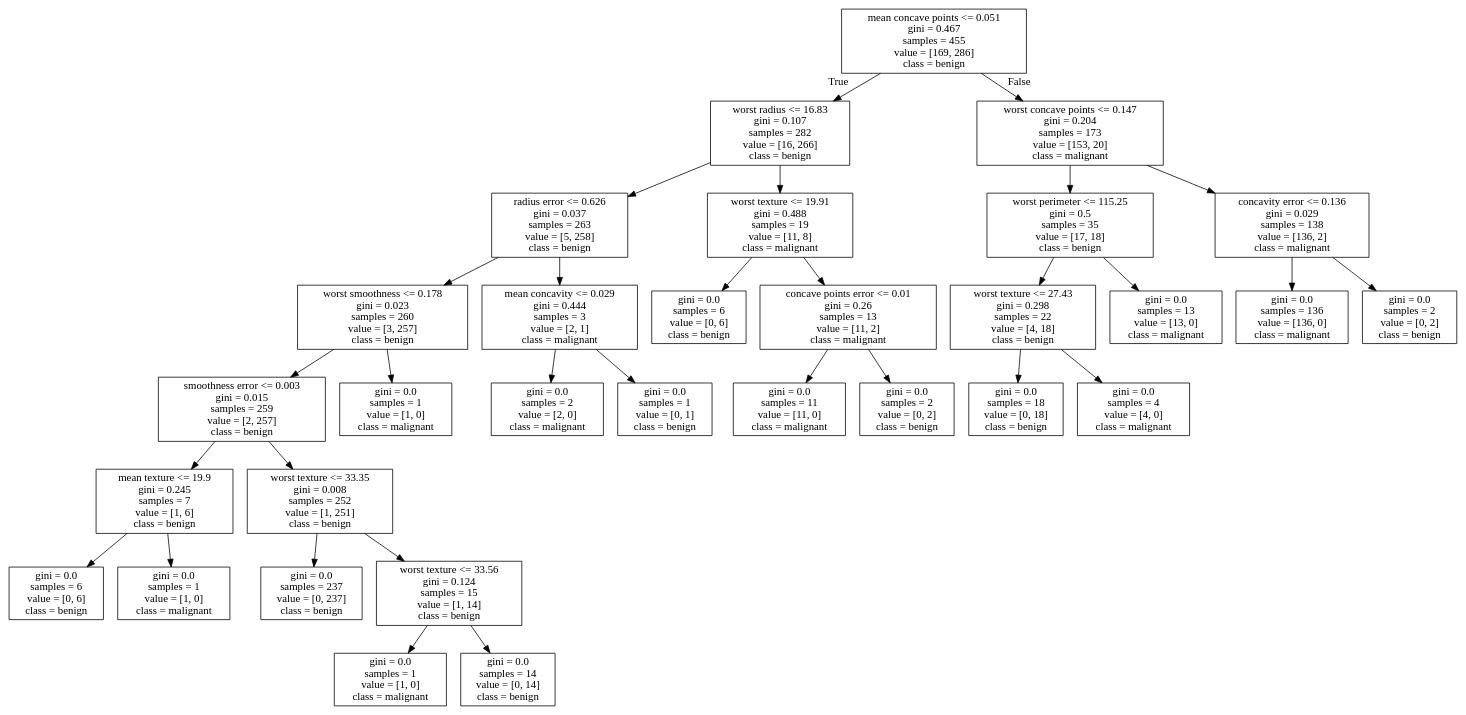
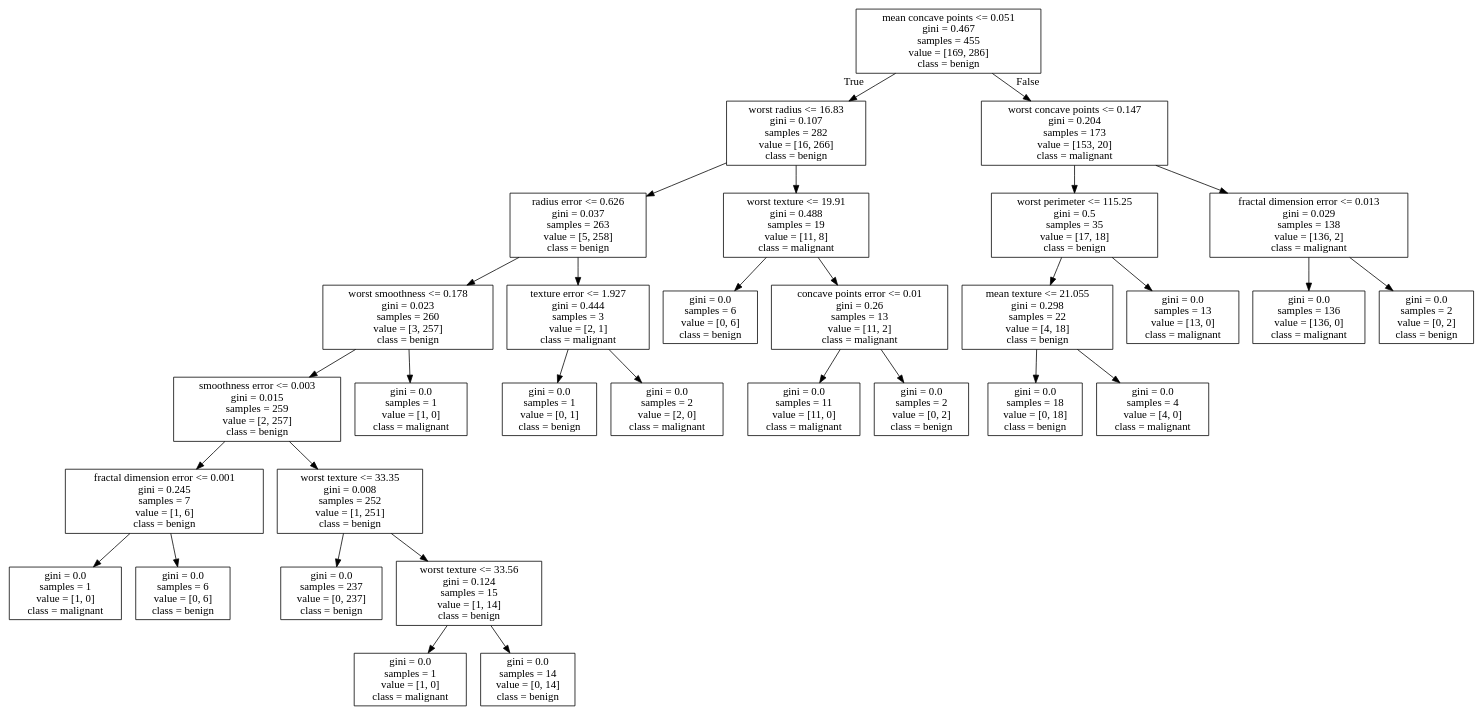
Before and after one commit to davidgranda01/CTE156-holamundo: the diagram in P5_AplicacionML/tree.dot, drawn with Graphviz. The commit also changed 980 other files, not shown here.

```diff
--- a/P5_AplicacionML/tree.dot
+++ b/P5_AplicacionML/tree.dot
@@ -1,64 +1,64 @@
 digraph Tree {
 node [shape=box] ;
 0 [label="mean concave points <= 0.051\ngini = 0.467\nsamples = 455\nvalue = [169, 286]\nclass = benign"] ;
 1 [label="worst radius <= 16.83\ngini = 0.107\nsamples = 282\nvalue = [16, 266]\nclass = benign"] ;
 0 -> 1 [labeldistance=2.5, labelangle=45, headlabel="True"] ;
 2 [label="radius error <= 0.626\ngini = 0.037\nsamples = 263\nvalue = [5, 258]\nclass = benign"] ;
 1 -> 2 ;
 3 [label="worst smoothness <= 0.178\ngini = 0.023\nsamples = 260\nvalue = [3, 257]\nclass = benign"] ;
 2 -> 3 ;
 4 [label="smoothness error <= 0.003\ngini = 0.015\nsamples = 259\nvalue = [2, 257]\nclass = benign"] ;
 3 -> 4 ;
-5 [label="mean texture <= 19.9\ngini = 0.245\nsamples = 7\nvalue = [1, 6]\nclass = benign"] ;
+5 [label="fractal dimension error <= 0.001\ngini = 0.245\nsamples = 7\nvalue = [1, 6]\nclass = benign"] ;
 4 -> 5 ;
-6 [label="gini = 0.0\nsamples = 6\nvalue = [0, 6]\nclass = benign"] ;
+6 [label="gini = 0.0\nsamples = 1\nvalue = [1, 0]\nclass = malignant"] ;
 5 -> 6 ;
-7 [label="gini = 0.0\nsamples = 1\nvalue = [1, 0]\nclass = malignant"] ;
+7 [label="gini = 0.0\nsamples = 6\nvalue = [0, 6]\nclass = benign"] ;
 5 -> 7 ;
 8 [label="worst texture <= 33.35\ngini = 0.008\nsamples = 252\nvalue = [1, 251]\nclass = benign"] ;
 4 -> 8 ;
 9 [label="gini = 0.0\nsamples = 237\nvalue = [0, 237]\nclass = benign"] ;
 8 -> 9 ;
 10 [label="worst texture <= 33.56\ngini = 0.124\nsamples = 15\nvalue = [1, 14]\nclass = benign"] ;
 8 -> 10 ;
 11 [label="gini = 0.0\nsamples = 1\nvalue = [1, 0]\nclass = malignant"] ;
 10 -> 11 ;
 12 [label="gini = 0.0\nsamples = 14\nvalue = [0, 14]\nclass = benign"] ;
 10 -> 12 ;
 13 [label="gini = 0.0\nsamples = 1\nvalue = [1, 0]\nclass = malignant"] ;
 3 -> 13 ;
-14 [label="mean concavity <= 0.029\ngini = 0.444\nsamples = 3\nvalue = [2, 1]\nclass = malignant"] ;
+14 [label="texture error <= 1.927\ngini = 0.444\nsamples = 3\nvalue = [2, 1]\nclass = malignant"] ;
 2 -> 14 ;
-15 [label="gini = 0.0\nsamples = 2\nvalue = [2, 0]\nclass = malignant"] ;
+15 [label="gini = 0.0\nsamples = 1\nvalue = [0, 1]\nclass = benign"] ;
 14 -> 15 ;
-16 [label="gini = 0.0\nsamples = 1\nvalue = [0, 1]\nclass = benign"] ;
+16 [label="gini = 0.0\nsamples = 2\nvalue = [2, 0]\nclass = malignant"] ;
 14 -> 16 ;
 17 [label="worst texture <= 19.91\ngini = 0.488\nsamples = 19\nvalue = [11, 8]\nclass = malignant"] ;
 1 -> 17 ;
 18 [label="gini = 0.0\nsamples = 6\nvalue = [0, 6]\nclass = benign"] ;
 17 -> 18 ;
 19 [label="concave points error <= 0.01\ngini = 0.26\nsamples = 13\nvalue = [11, 2]\nclass = malignant"] ;
 17 -> 19 ;
 20 [label="gini = 0.0\nsamples = 11\nvalue = [11, 0]\nclass = malignant"] ;
 19 -> 20 ;
 21 [label="gini = 0.0\nsamples = 2\nvalue = [0, 2]\nclass = benign"] ;
 19 -> 21 ;
 22 [label="worst concave points <= 0.147\ngini = 0.204\nsamples = 173\nvalue = [153, 20]\nclass = malignant"] ;
 0 -> 22 [labeldistance=2.5, labelangle=-45, headlabel="False"] ;
 23 [label="worst perimeter <= 115.25\ngini = 0.5\nsamples = 35\nvalue = [17, 18]\nclass = benign"] ;
 22 -> 23 ;
-24 [label="worst texture <= 27.43\ngini = 0.298\nsamples = 22\nvalue = [4, 18]\nclass = benign"] ;
+24 [label="mean texture <= 21.055\ngini = 0.298\nsamples = 22\nvalue = [4, 18]\nclass = benign"] ;
 23 -> 24 ;
 25 [label="gini = 0.0\nsamples = 18\nvalue = [0, 18]\nclass = benign"] ;
 24 -> 25 ;
 26 [label="gini = 0.0\nsamples = 4\nvalue = [4, 0]\nclass = malignant"] ;
 24 -> 26 ;
 27 [label="gini = 0.0\nsamples = 13\nvalue = [13, 0]\nclass = malignant"] ;
 23 -> 27 ;
-28 [label="concavity error <= 0.136\ngini = 0.029\nsamples = 138\nvalue = [136, 2]\nclass = malignant"] ;
+28 [label="fractal dimension error <= 0.013\ngini = 0.029\nsamples = 138\nvalue = [136, 2]\nclass = malignant"] ;
 22 -> 28 ;
 29 [label="gini = 0.0\nsamples = 136\nvalue = [136, 0]\nclass = malignant"] ;
 28 -> 29 ;
 30 [label="gini = 0.0\nsamples = 2\nvalue = [0, 2]\nclass = benign"] ;
 28 -> 30 ;
 }
```
